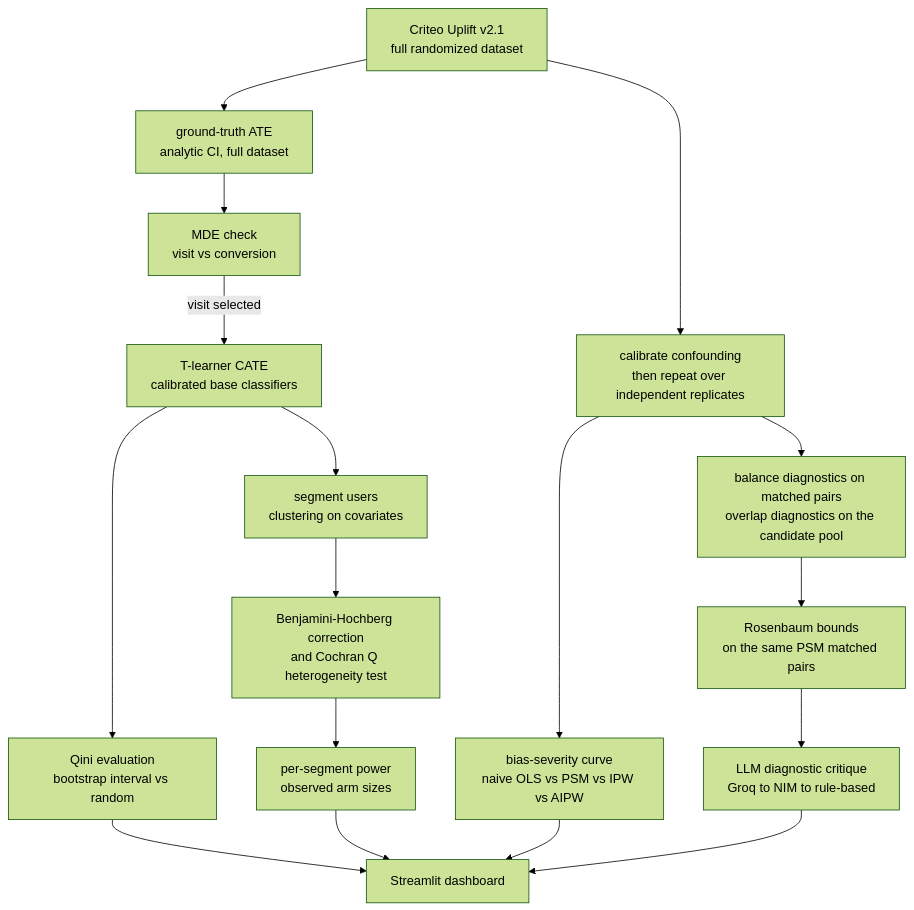
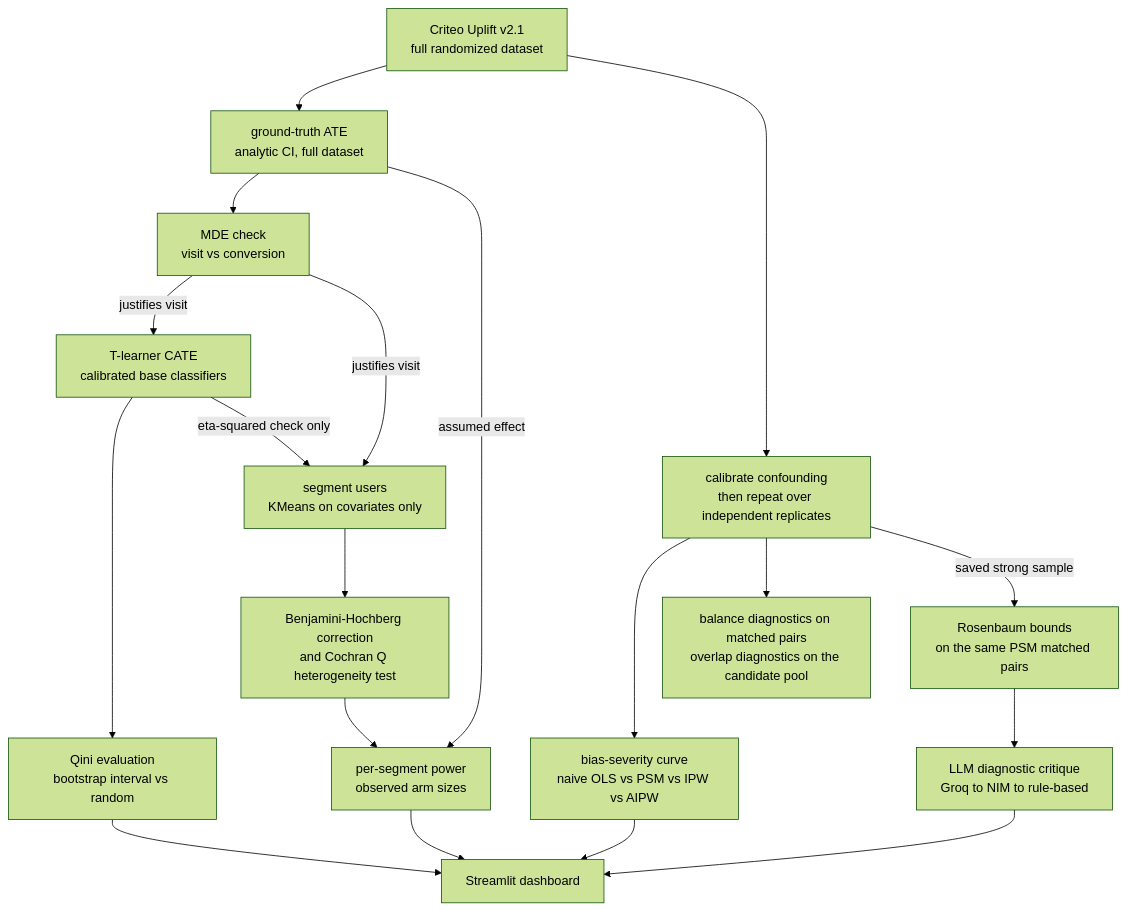
Before and after one commit to abhinavharbola/causal-inference-lab: the diagram in README.md, drawn with Mermaid (forest theme). The commit also changed other lines of this file and 1 other file, not shown here.

````diff
--- a/README.md
+++ b/README.md
@@ -64,22 +57,24 @@
 ```mermaid
 flowchart TD
     raw[Criteo Uplift v2.1\nfull randomized dataset] --> gt[ground-truth ATE\nanalytic CI, full dataset]
     raw --> induce[calibrate confounding\nthen repeat over independent replicates]
     induce --> curve[bias-severity curve\nnaive OLS vs PSM vs IPW vs AIPW]
     induce --> balance[balance diagnostics on matched pairs\noverlap diagnostics on the candidate pool]
 
     gt --> mde[MDE check\nvisit vs conversion]
-    mde -->|visit selected| cate[T-learner CATE\ncalibrated base classifiers]
+    mde -->|justifies visit| cate[T-learner CATE\ncalibrated base classifiers]
+    mde -->|justifies visit| segment[segment users\nKMeans on covariates only]
     cate --> qini[Qini evaluation\nbootstrap interval vs random]
-    cate --> segment[segment users\nclustering on covariates]
+    cate -->|eta-squared check only| segment
     segment --> bh[Benjamini-Hochberg correction\nand Cochran Q heterogeneity test]
     bh --> power[per-segment power\nobserved arm sizes]
+    gt -->|assumed effect| power
 
-    balance --> rosenbaum[Rosenbaum bounds\non the same PSM matched pairs]
+    induce -->|saved strong sample| rosenbaum[Rosenbaum bounds\non the same PSM matched pairs]
 
     curve --> dash[Streamlit dashboard]
     qini --> dash
     power --> dash
     rosenbaum --> critique[LLM diagnostic critique\nGroq to NIM to rule-based]
     critique --> dash
 ```
````
